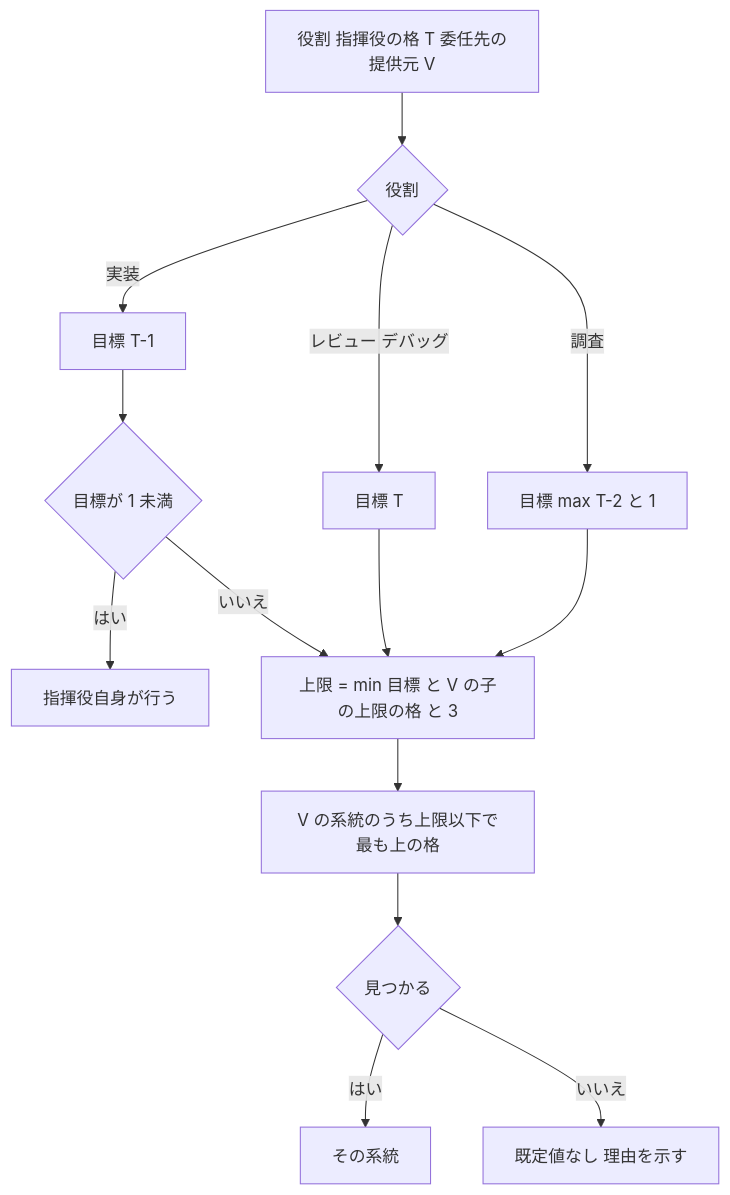
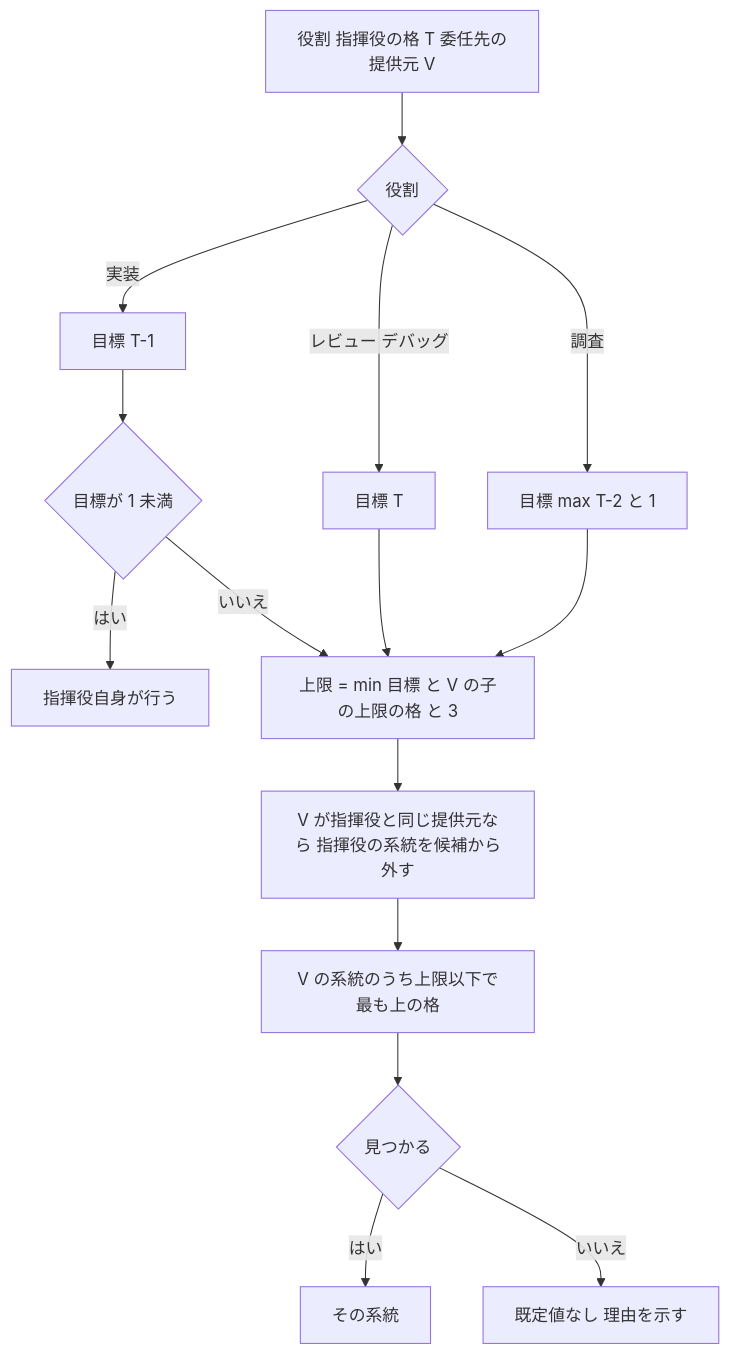
Before and after one commit to nekono-dev/cc-sdd-bootstrap: the second of 4 diagrams in .kiro/specs/subagent-delegation/design.md, drawn with Mermaid. The commit also changed other lines of this file and 2 other files, not shown here.

````diff
--- a/.kiro/specs/subagent-delegation/design.md
+++ b/.kiro/specs/subagent-delegation/design.md
@@ -118,16 +123,17 @@
 ```mermaid
 flowchart TB
     Start[役割 指揮役の格 T 委任先の提供元 V] --> Goal{役割}
     Goal -->|実装| G1[目標 T-1]
     Goal -->|レビュー デバッグ| G2[目標 T]
     Goal -->|調査| G3[目標 max T-2 と 1]
     G1 --> Self{目標が 1 未満}
     Self -->|はい| SelfImpl[指揮役自身が行う]
     Self -->|いいえ| Clamp
     G2 --> Clamp[上限 = min 目標 と V の子の上限の格 と 3]
     G3 --> Clamp
-    Clamp --> Pick[V の系統のうち上限以下で最も上の格]
+    Clamp --> Exclude[V が指揮役と同じ提供元なら 指揮役の系統を候補から外す]
+    Exclude --> Pick[V の系統のうち上限以下で最も上の格]
     Pick --> Found{見つかる}
     Found -->|はい| Family[その系統]
     Found -->|いいえ| None[既定値なし 理由を示す]
 ```
````
